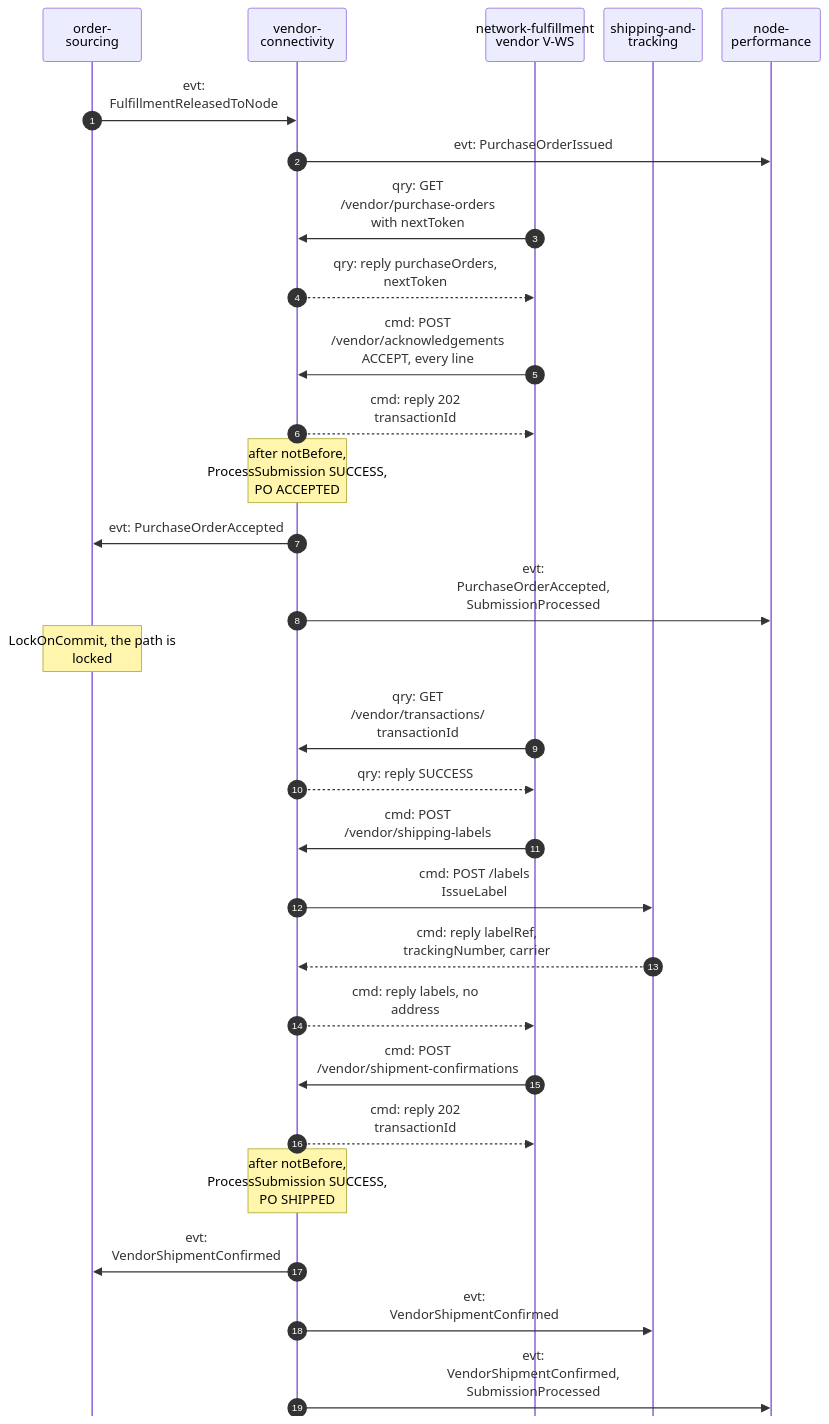
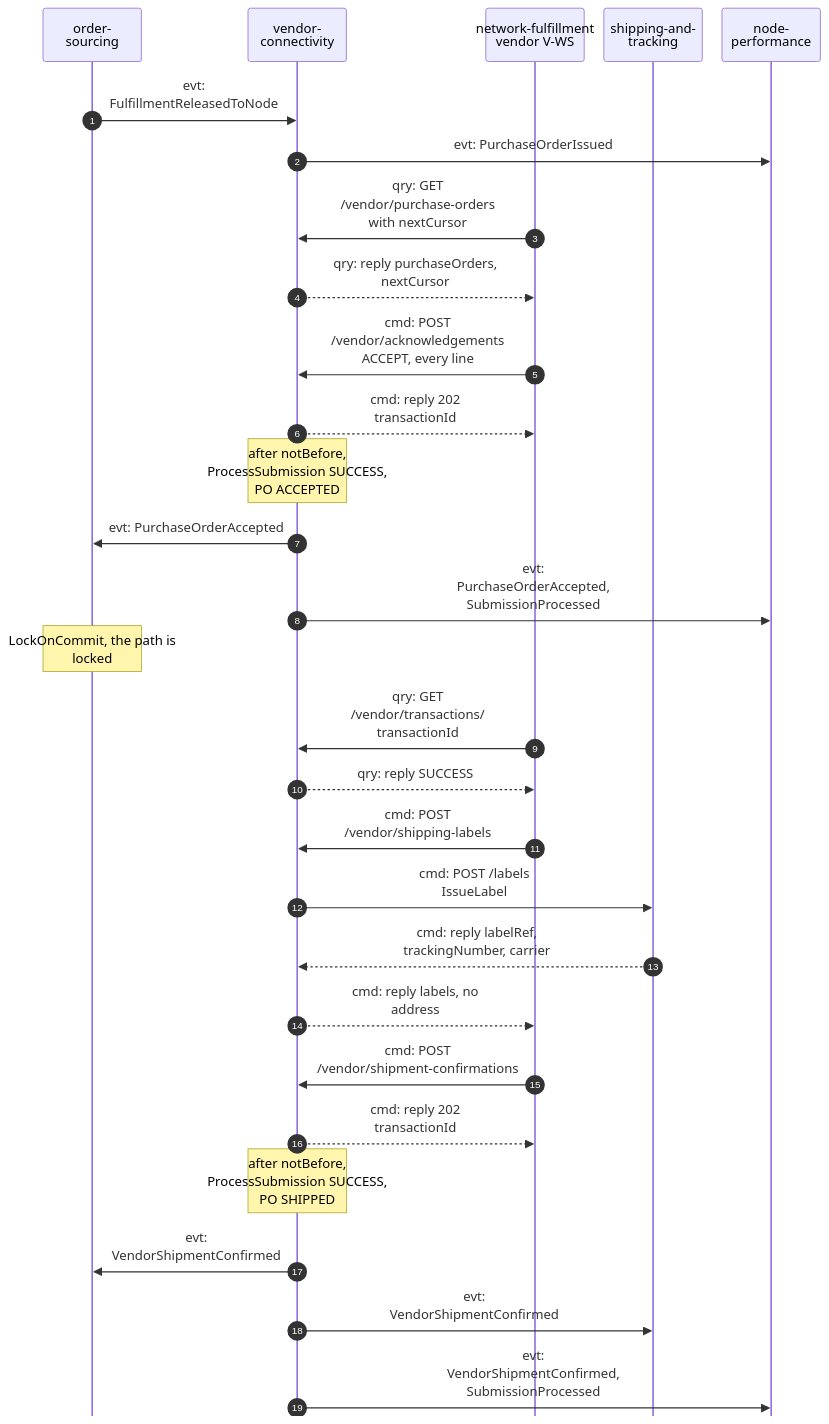
The first of 5 diagrams in network/docs/contexts/vendor-connectivity/domain-message-flow.md (IQVO/warehouse-docs), drawn with Mermaid before and after one commit. The commit also changed 272 other files, not shown here.

First line of the commit message:
docs: replace retired REST routes and vocabulary in hand-written pages (:verb routes, nextToken, X-Action-Id)

````diff
--- a/network/docs/contexts/vendor-connectivity/domain-message-flow.md
+++ b/network/docs/contexts/vendor-connectivity/domain-message-flow.md
@@ -24,32 +24,32 @@
 ```mermaid
 %%{init: {"sequence": {"wrap": true, "width": 120, "actorMargin": 24, "messageMargin": 28, "boxMargin": 6, "noteMargin": 6, "mirrorActors": false}}}%%
 sequenceDiagram
     autonumber
     participant OS as order-<br/>sourcing
     participant VC as vendor-<br/>connectivity
     participant NF as network-fulfillment<br/>vendor V-WS
     participant ST as shipping-and-<br/>tracking
     participant NP as node-<br/>performance
     OS->>VC: evt:<br/>FulfillmentReleasedToNode
     VC->>NP: evt: PurchaseOrderIssued
-    NF->>VC: qry: GET<br/>/vendor/purchase-orders<br/>with nextToken
-    VC-->>NF: qry: reply purchaseOrders,<br/>nextToken
+    NF->>VC: qry: GET<br/>/vendor/purchase-orders<br/>with nextCursor
+    VC-->>NF: qry: reply purchaseOrders,<br/>nextCursor
     NF->>VC: cmd: POST<br/>/vendor/acknowledgements<br/>ACCEPT, every line
     VC-->>NF: cmd: reply 202<br/>transactionId
     Note over VC: after notBefore,<br/>ProcessSubmission SUCCESS,<br/>PO ACCEPTED
     VC->>OS: evt: PurchaseOrderAccepted
     VC->>NP: evt:<br/>PurchaseOrderAccepted,<br/>SubmissionProcessed
     Note over OS: LockOnCommit, the path is<br/>locked
     NF->>VC: qry: GET<br/>/vendor/transactions/<br/>transactionId
     VC-->>NF: qry: reply SUCCESS
     NF->>VC: cmd: POST<br/>/vendor/shipping-labels
     VC->>ST: cmd: POST /labels<br/>IssueLabel
     ST-->>VC: cmd: reply labelRef,<br/>trackingNumber, carrier
     VC-->>NF: cmd: reply labels, no<br/>address
     NF->>VC: cmd: POST<br/>/vendor/shipment-confirmations
     VC-->>NF: cmd: reply 202<br/>transactionId
     Note over VC: after notBefore,<br/>ProcessSubmission SUCCESS,<br/>PO SHIPPED
     VC->>OS: evt:<br/>VendorShipmentConfirmed
     VC->>ST: evt:<br/>VendorShipmentConfirmed
     VC->>NP: evt:<br/>VendorShipmentConfirmed,<br/>SubmissionProcessed
 ```
````
